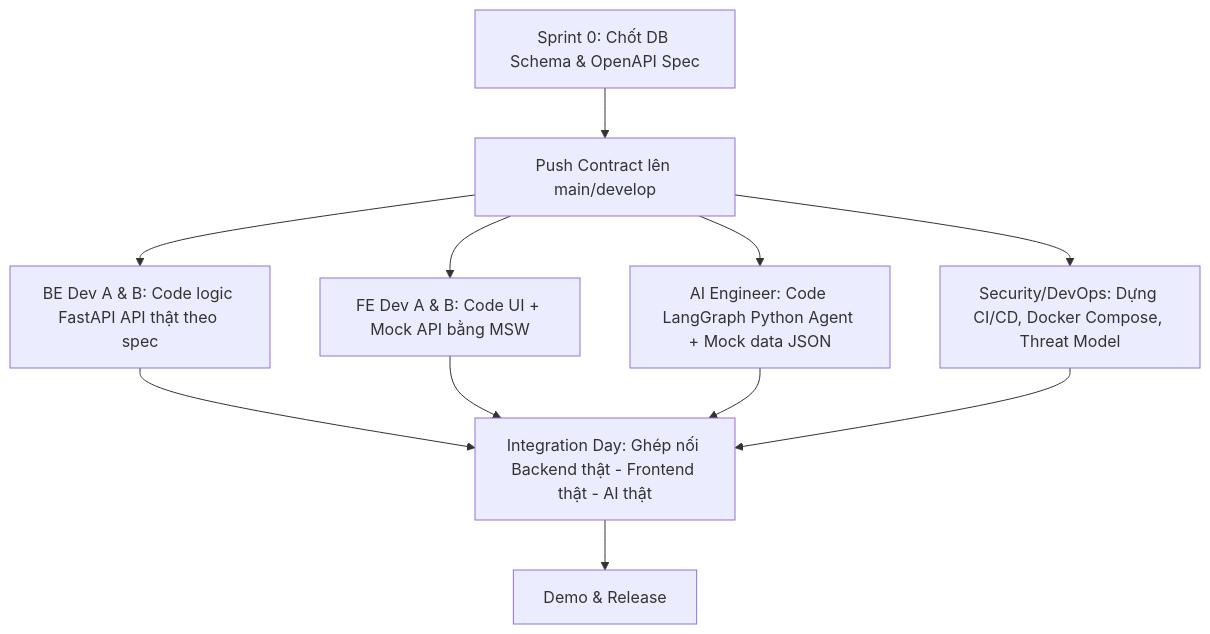
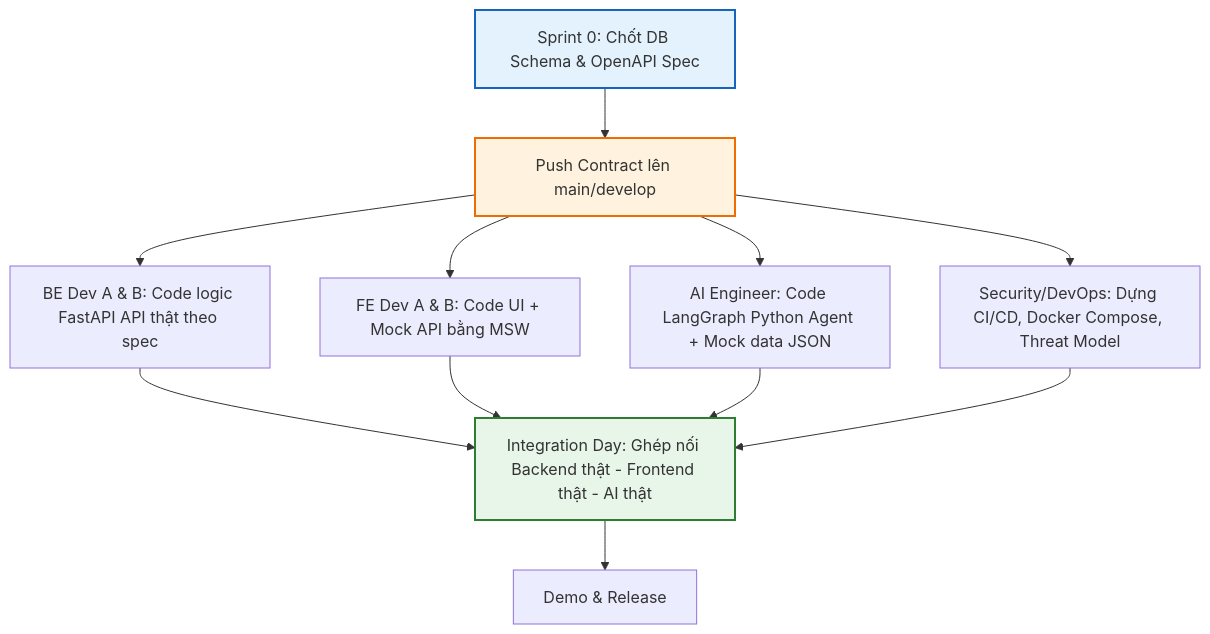
Before and after one commit to b4ck12/Group_Project: the first of 3 diagrams in explain.md, drawn with Mermaid. The commit also changed other lines of this file and 21 other files, not shown here.

````diff
--- a/explain.md
+++ b/explain.md
@@ -24,13 +24,17 @@
 ```mermaid
 graph TD
     A[Sprint 0: Chốt DB Schema & OpenAPI Spec] --> B[Push Contract lên main/develop]
     B --> C1[BE Dev A & B: Code logic FastAPI API thật theo spec]
     B --> C2[FE Dev A & B: Code UI + Mock API bằng MSW]
     B --> C3[AI Engineer: Code LangGraph Python Agent + Mock data JSON]
     B --> C4[Security/DevOps: Dựng CI/CD, Docker Compose, Threat Model]
     C1 --> D[Integration Day: Ghép nối Backend thật - Frontend thật - AI thật]
     C2 --> D
     C3 --> D
     C4 --> D
     D --> E[Demo & Release]
+
+    style A fill:#e3f2fd,stroke:#1565c0,stroke-width:2px;
+    style B fill:#fff3e0,stroke:#ef6c00,stroke-width:2px;
+    style D fill:#e8f5e9,stroke:#2e7d32,stroke-width:2px;
 ```
````
